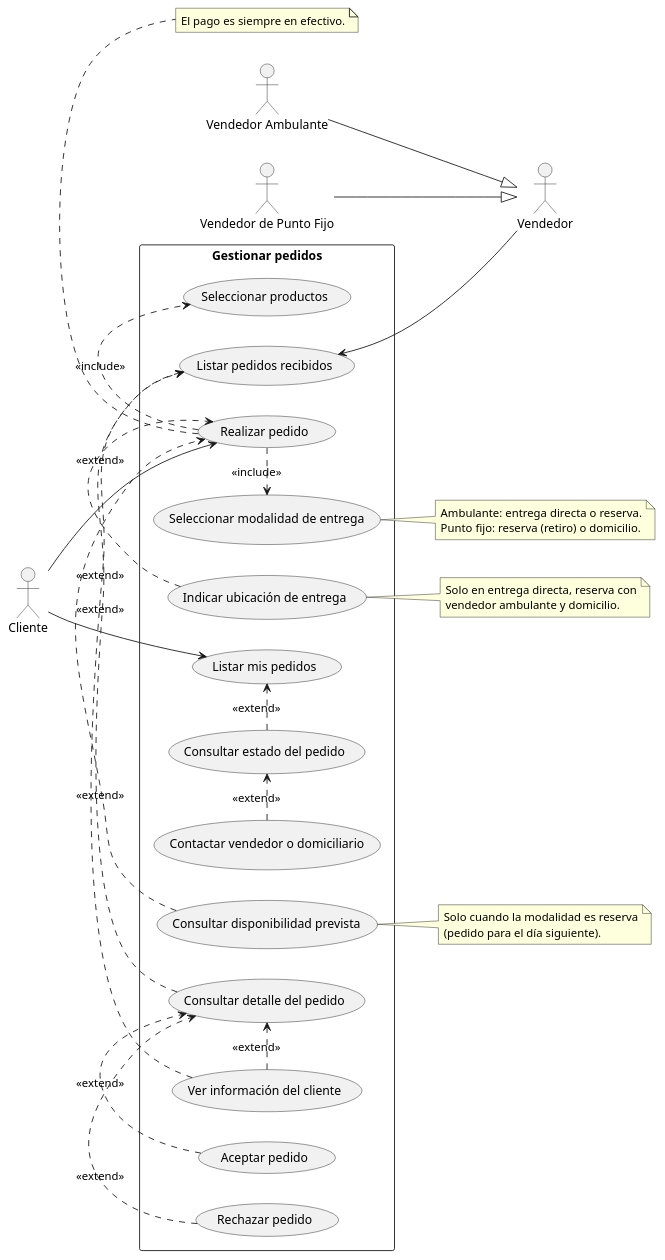
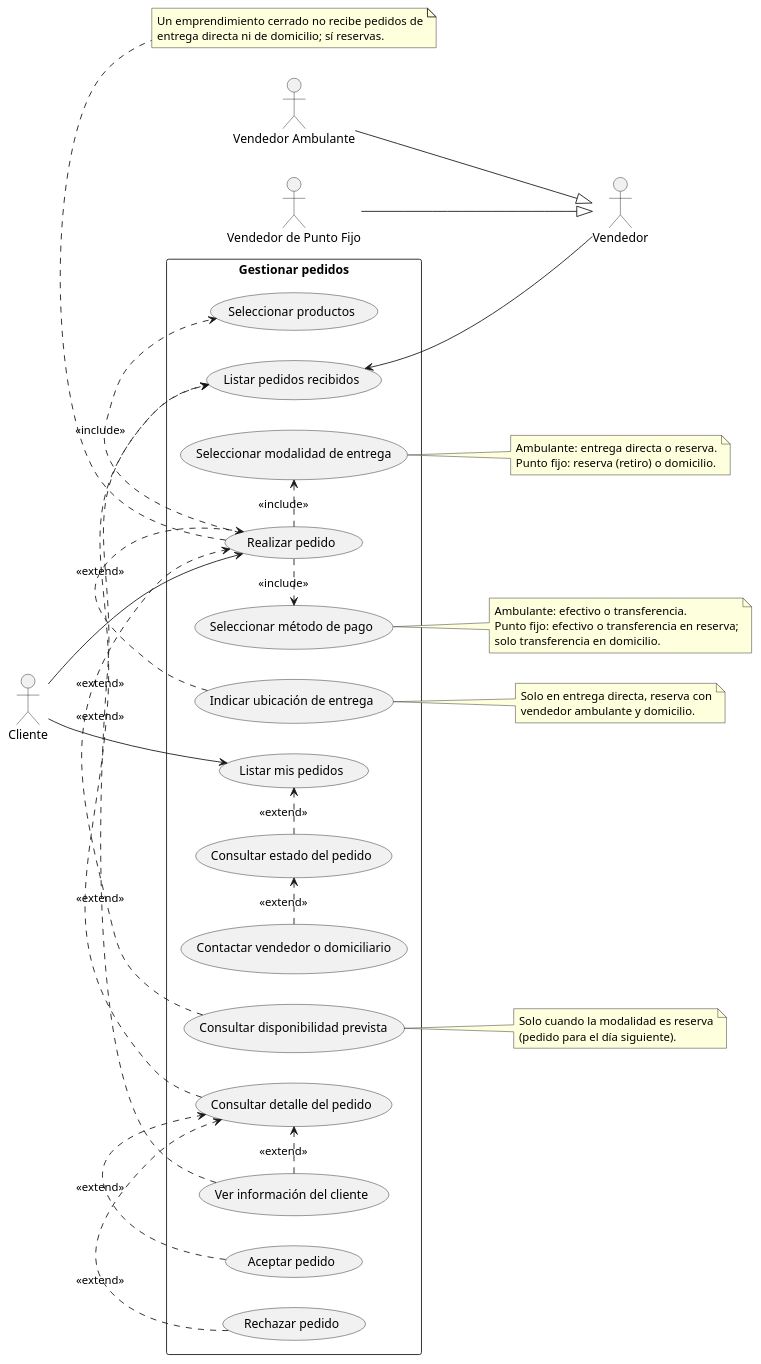
The diagram in casos de uso/gestionar_pedidos.puml (RAAR-18/napa), drawn with PlantUML before and after one commit. The commit also changed 123 other files, not shown here.

First line of the commit message:
docs: métodos de pago por modalidad, estado del emprendimiento y reglas de datos

```diff
--- a/casos de uso/gestionar_pedidos.puml
+++ b/casos de uso/gestionar_pedidos.puml
@@ -1,67 +1,76 @@
 @startuml
 
 left to right direction
 
 actor "Cliente" as c
 actor "Vendedor" as v
 actor "Vendedor Ambulante" as va
 actor "Vendedor de Punto Fijo" as vpf
 
 va --|> v
 vpf --|> v
 
 rectangle "Gestionar pedidos" {
     usecase "Realizar pedido" as UC1
     usecase "Seleccionar productos" as UC2
     usecase "Seleccionar modalidad de entrega" as UC3
-    usecase "Indicar ubicación de entrega" as UC4
-    usecase "Consultar disponibilidad prevista" as UC5
-    usecase "Listar mis pedidos" as UC6
-    usecase "Consultar estado del pedido" as UC7
-    usecase "Contactar vendedor o domiciliario" as UC8
-    usecase "Listar pedidos recibidos" as UC9
-    usecase "Consultar detalle del pedido" as UC10
-    usecase "Ver información del cliente" as UC11
-    usecase "Aceptar pedido" as UC12
-    usecase "Rechazar pedido" as UC13
+    usecase "Seleccionar método de pago" as UC4
+    usecase "Indicar ubicación de entrega" as UC5
+    usecase "Consultar disponibilidad prevista" as UC6
+    usecase "Listar mis pedidos" as UC7
+    usecase "Consultar estado del pedido" as UC8
+    usecase "Contactar vendedor o domiciliario" as UC9
+    usecase "Listar pedidos recibidos" as UC10
+    usecase "Consultar detalle del pedido" as UC11
+    usecase "Ver información del cliente" as UC12
+    usecase "Aceptar pedido" as UC13
+    usecase "Rechazar pedido" as UC14
 }
 
 c --> UC1
-c --> UC6
+c --> UC7
 
-UC9 <-- v
+UC10 <-- v
 
 UC1 .> UC2 : <<include>>
 UC1 .> UC3 : <<include>>
-UC4 .> UC1 : <<extend>>
+UC1 .> UC4 : <<include>>
 UC5 .> UC1 : <<extend>>
+UC6 .> UC1 : <<extend>>
 
-UC7 .> UC6 : <<extend>>
 UC8 .> UC7 : <<extend>>
+UC9 .> UC8 : <<extend>>
 
-UC10 .> UC9 : <<extend>>
-UC11 .> UC9 : <<extend>>
 UC11 .> UC10 : <<extend>>
 UC12 .> UC10 : <<extend>>
-UC13 .> UC10 : <<extend>>
+UC12 .> UC11 : <<extend>>
+UC13 .> UC11 : <<extend>>
+UC14 .> UC11 : <<extend>>
 
 note right of UC3
   Ambulante: entrega directa o reserva.
   Punto fijo: reserva (retiro) o domicilio.
 end note
 
 note right of UC4
+  Ambulante: efectivo o transferencia.
+  Punto fijo: efectivo o transferencia en reserva;
+  solo transferencia en domicilio.
+end note
+
+note right of UC5
   Solo en entrega directa, reserva con
   vendedor ambulante y domicilio.
 end note
 
-note right of UC5
+note right of UC6
   Solo cuando la modalidad es reserva
   (pedido para el día siguiente).
 end note
 
 note bottom of UC1
-  El pago es siempre en efectivo.
+  Un emprendimiento cerrado no recibe pedidos de
+  entrega directa ni de domicilio; sí reservas.
 end note
 
 @enduml
```
